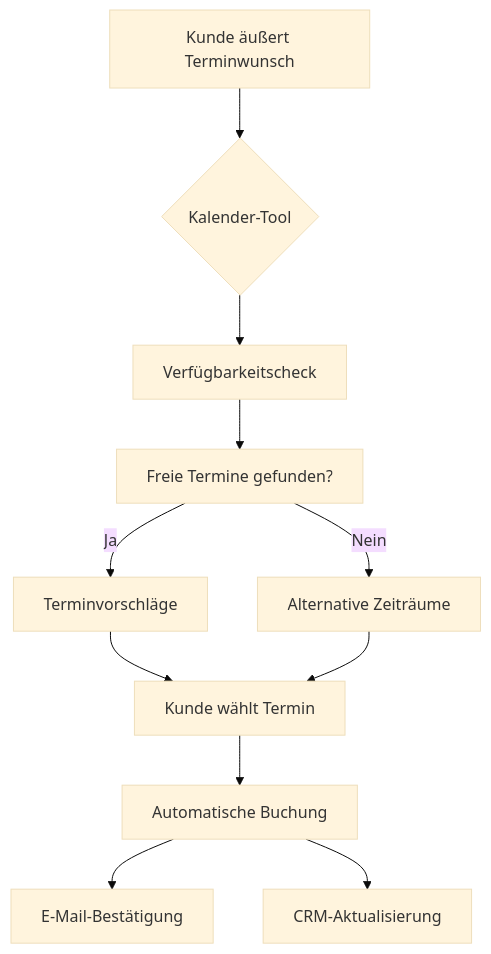
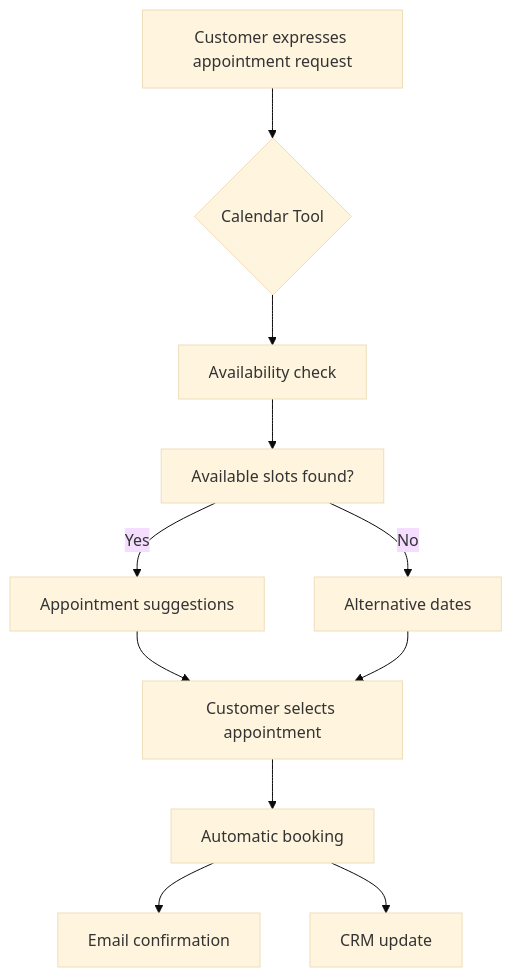
The second of 2 diagrams in en/automation-platform/mid-call-tools/was-sind-mid-call-tools.mdx (bekgroup/Famulor-docs-de), drawn with Mermaid (base theme) before and after one commit. The commit also changed other lines of this file and 23 other files, not shown here.

````diff
--- a/en/automation-platform/mid-call-tools/was-sind-mid-call-tools.mdx
+++ b/en/automation-platform/mid-call-tools/was-sind-mid-call-tools.mdx
@@ -131,13 +131,13 @@
 ```mermaid
 flowchart TD
-    A[Kunde äußert Terminwunsch] --> B{Kalender-Tool}
-    B --> C[Verfügbarkeitscheck]
-    C --> D[Freie Termine gefunden?]
-    D -->|Ja| E[Terminvorschläge]
-    D -->|Nein| F[Alternative Zeiträume]
-    E --> G[Kunde wählt Termin]
+    A[Customer expresses appointment request] --> B{Calendar Tool}
+    B --> C[Availability check]
+    C --> D[Available slots found?]
+    D -->|Yes| E[Appointment suggestions]
+    D -->|No| F[Alternative dates]
+    E --> G[Customer selects appointment]
     F --> G
-    G --> H[Automatische Buchung]
-    H --> I[E-Mail-Bestätigung]
-    H --> J[CRM-Aktualisierung]
+    G --> H[Automatic booking]
+    H --> I[Email confirmation]
+    H --> J[CRM update]
 ```
````
